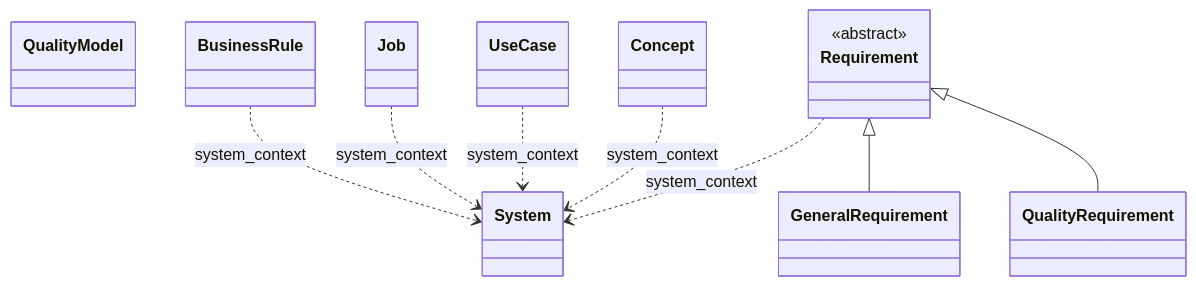
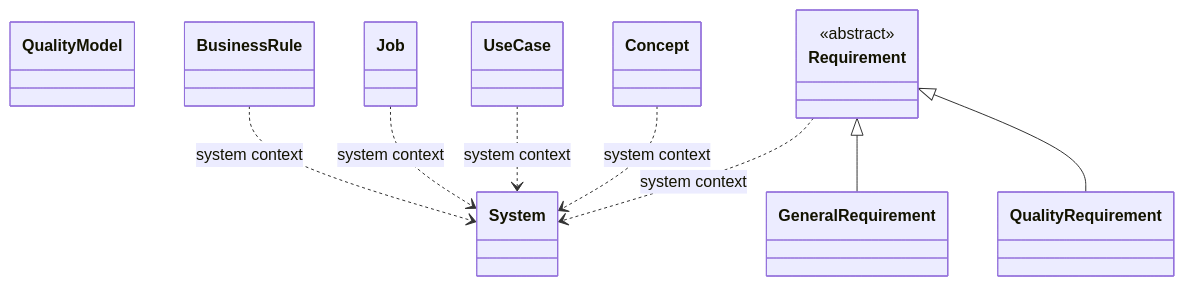
One commit to craigsmitham/dotspec changed the first of 11 diagrams in docs/reference/model/core.md. Above: the diagram before and after it, drawn with Mermaid. The commit also changed other lines of this file and 110 other files, not shown here.

````diff
--- a/docs/reference/model/core.md
+++ b/docs/reference/model/core.md
@@ -30,21 +30,21 @@
 ```mermaid
 classDiagram
     direction TB
     class System
     class QualityModel
     class BusinessRule
     class Job
     class UseCase
     class Concept
     class Requirement
     <<abstract>> Requirement
     class GeneralRequirement
     class QualityRequirement
     Requirement <|-- GeneralRequirement
     Requirement <|-- QualityRequirement
-    BusinessRule ..> System : system_context
-    Job ..> System : system_context
-    UseCase ..> System : system_context
-    Concept ..> System : system_context
-    Requirement ..> System : system_context
+    BusinessRule ..> System : system context
+    Job ..> System : system context
+    UseCase ..> System : system context
+    Concept ..> System : system context
+    Requirement ..> System : system context
 ```
````
